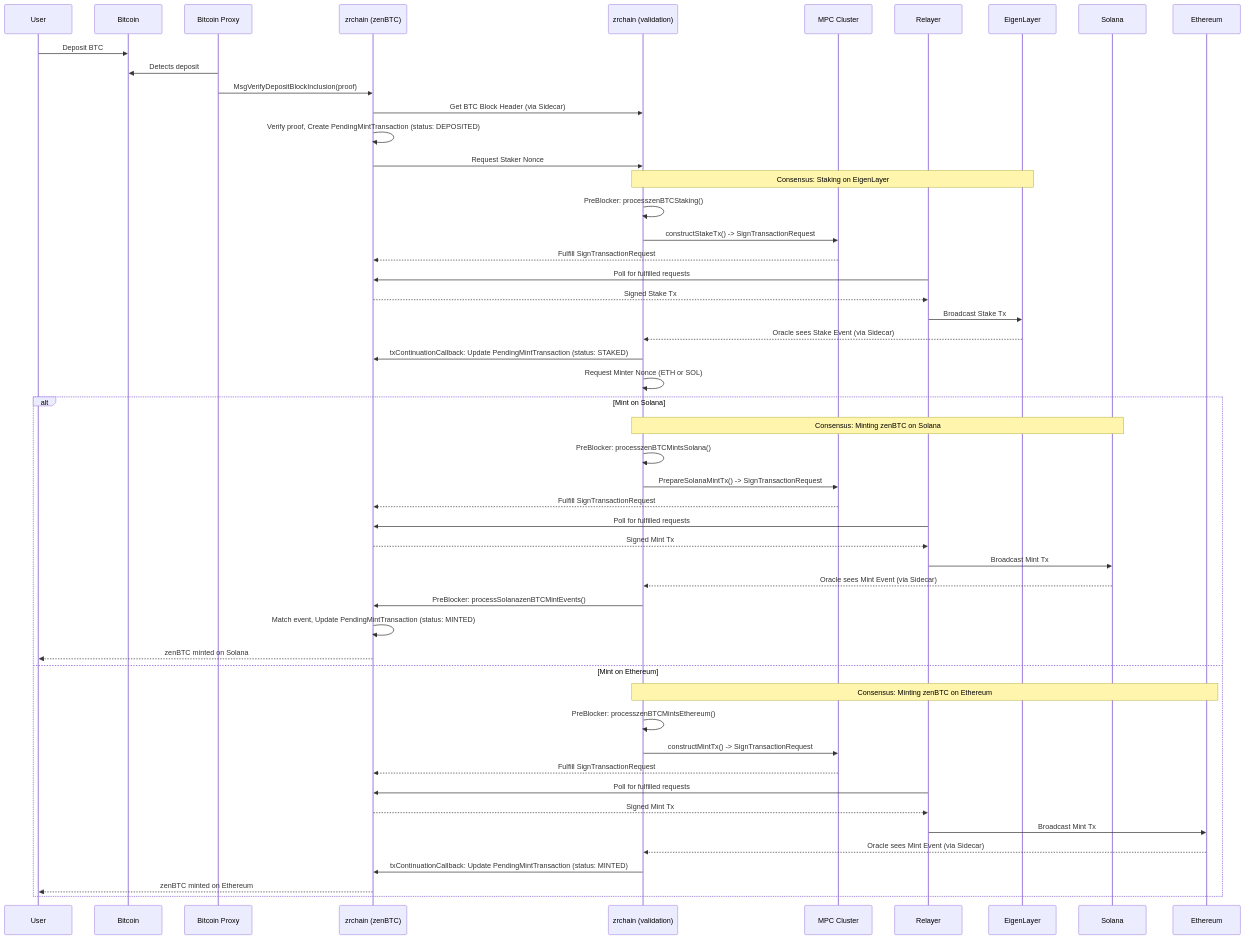
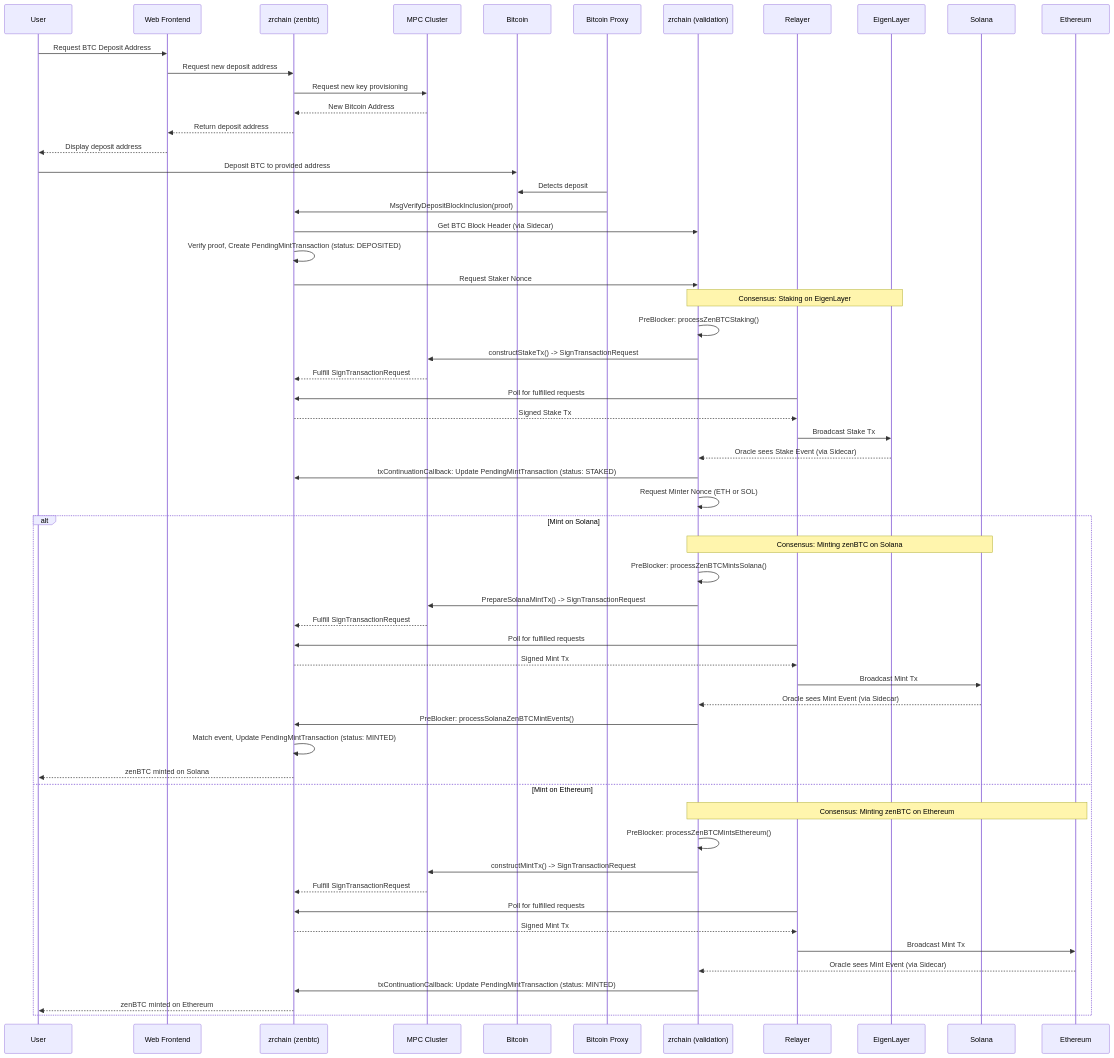
One commit to zenrocklabs/zrchain changed the first of 4 diagrams in docs/README.md. Above: the diagram before and after it, drawn with Mermaid.

````diff
--- a/docs/README.md
+++ b/docs/README.md
@@ -13,58 +13,66 @@
 ```mermaid
 sequenceDiagram
     participant User
+    participant Web Frontend
+    participant zrchain as zrchain (zenbtc)
+    participant MPC Cluster
     participant Bitcoin
     participant Bitcoin Proxy
-    participant zrchain as zrchain (zenBTC)
     participant zrchain_val as zrchain (validation)
-    participant MPC Cluster
     participant Relayer
     participant EigenLayer
     participant Solana
     participant Ethereum
 
-    User->>Bitcoin: Deposit BTC
+    User->>Web Frontend: Request BTC Deposit Address
+    Web Frontend->>zrchain: Request new deposit address
+    zrchain->>MPC Cluster: Request new key provisioning
+    MPC Cluster-->>zrchain: New Bitcoin Address
+    zrchain-->>Web Frontend: Return deposit address
+    Web Frontend-->>User: Display deposit address
+
+    User->>Bitcoin: Deposit BTC to provided address
     Bitcoin Proxy->>Bitcoin: Detects deposit
     Bitcoin Proxy->>zrchain: MsgVerifyDepositBlockInclusion(proof)
 
     zrchain->>zrchain_val: Get BTC Block Header (via Sidecar)
     zrchain->>zrchain: Verify proof, Create PendingMintTransaction (status: DEPOSITED)
     zrchain->>zrchain_val: Request Staker Nonce
 
     Note over zrchain_val,EigenLayer: Consensus: Staking on EigenLayer
-    zrchain_val->>zrchain_val: PreBlocker: processzenBTCStaking()
+    zrchain_val->>zrchain_val: PreBlocker: processZenBTCStaking()
     zrchain_val->>MPC Cluster: constructStakeTx() -> SignTransactionRequest
     MPC Cluster-->>zrchain: Fulfill SignTransactionRequest
     Relayer->>zrchain: Poll for fulfilled requests
     zrchain-->>Relayer: Signed Stake Tx
     Relayer->>EigenLayer: Broadcast Stake Tx
 
     EigenLayer-->>zrchain_val: Oracle sees Stake Event (via Sidecar)
     zrchain_val->>zrchain: txContinuationCallback: Update PendingMintTransaction (status: STAKED)
     zrchain_val->>zrchain_val: Request Minter Nonce (ETH or SOL)
 
     alt Mint on Solana
         Note over zrchain_val,Solana: Consensus: Minting zenBTC on Solana
-        zrchain_val->>zrchain_val: PreBlocker: processzenBTCMintsSolana()
+        zrchain_val->>zrchain_val: PreBlocker: processZenBTCMintsSolana()
         zrchain_val->>MPC Cluster: PrepareSolanaMintTx() -> SignTransactionRequest
         MPC Cluster-->>zrchain: Fulfill SignTransactionRequest
         Relayer->>zrchain: Poll for fulfilled requests
         zrchain-->>Relayer: Signed Mint Tx
         Relayer->>Solana: Broadcast Mint Tx
         Solana-->>zrchain_val: Oracle sees Mint Event (via Sidecar)
-        zrchain_val->>zrchain: PreBlocker: processSolanazenBTCMintEvents()
+        zrchain_val->>zrchain: PreBlocker: processSolanaZenBTCMintEvents()
         zrchain->>zrchain: Match event, Update PendingMintTransaction (status: MINTED)
         zrchain-->>User: zenBTC minted on Solana
     else Mint on Ethereum
         Note over zrchain_val,Ethereum: Consensus: Minting zenBTC on Ethereum
-        zrchain_val->>zrchain_val: PreBlocker: processzenBTCMintsEthereum()
+        zrchain_val->>zrchain_val: PreBlocker: processZenBTCMintsEthereum()
         zrchain_val->>MPC Cluster: constructMintTx() -> SignTransactionRequest
         MPC Cluster-->>zrchain: Fulfill SignTransactionRequest
         Relayer->>zrchain: Poll for fulfilled requests
         zrchain-->>Relayer: Signed Mint Tx
         Relayer->>Ethereum: Broadcast Mint Tx
         Ethereum-->>zrchain_val: Oracle sees Mint Event (via Sidecar)
         zrchain_val->>zrchain: txContinuationCallback: Update PendingMintTransaction (status: MINTED)
         zrchain-->>User: zenBTC minted on Ethereum
     end
 ```
````
